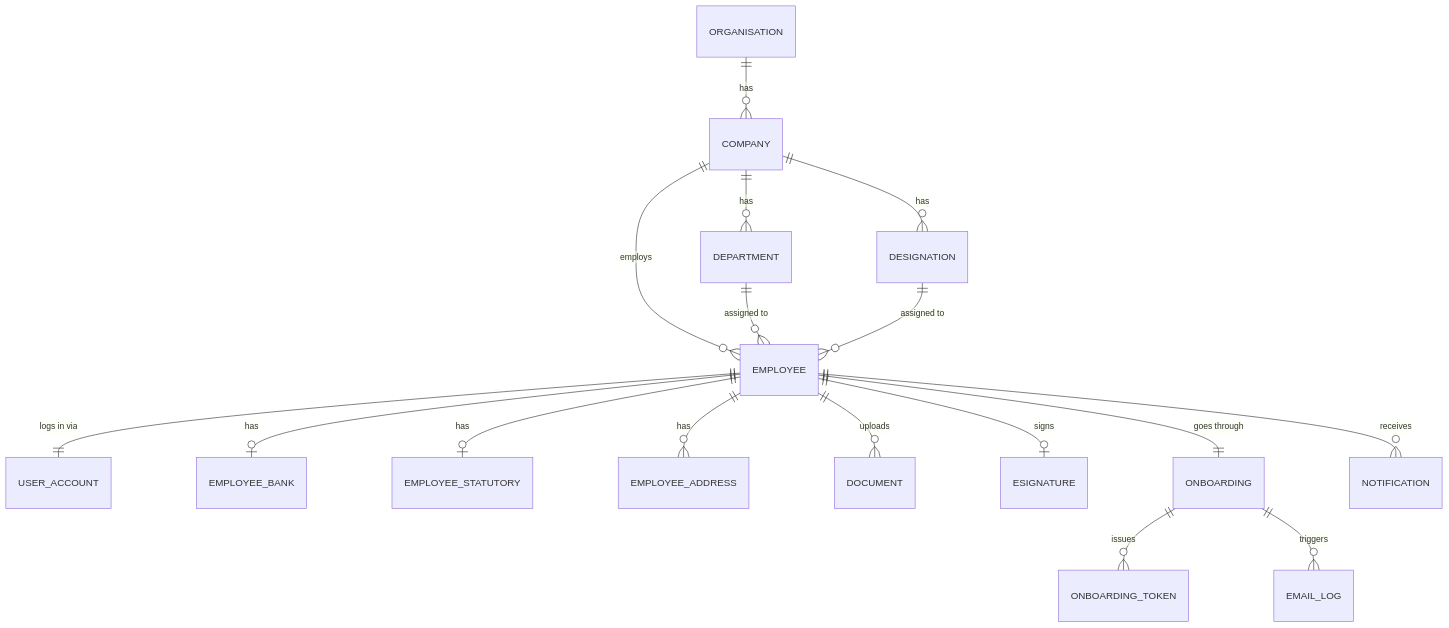
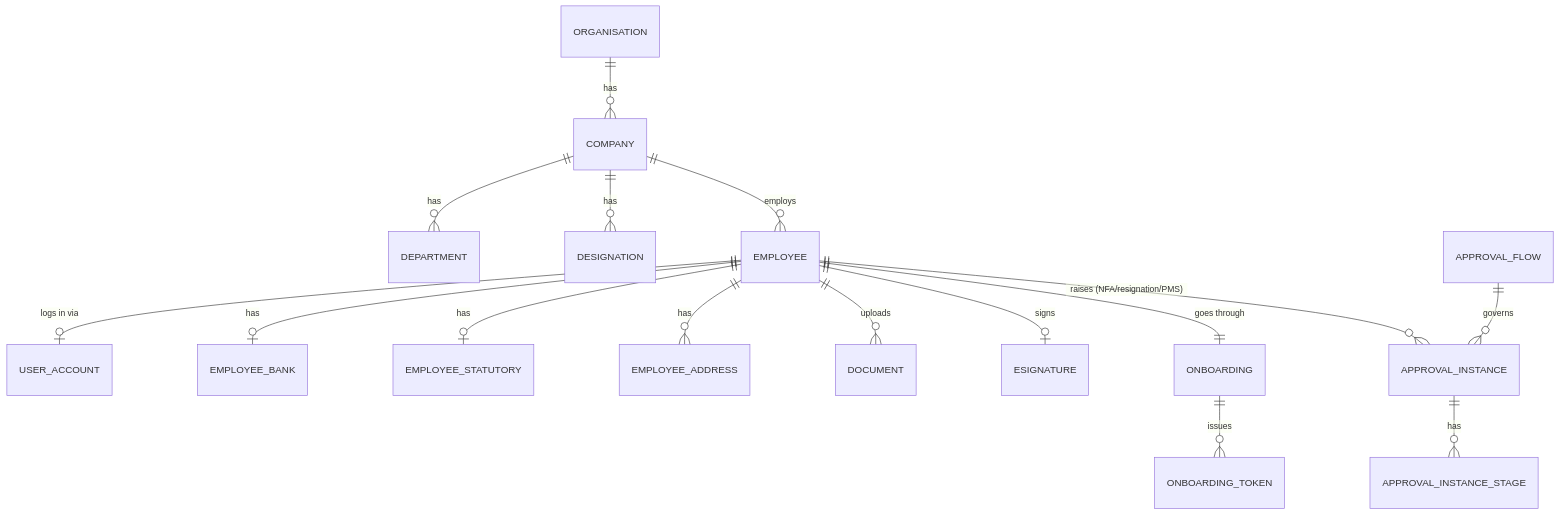
Before and after one commit to koustav2/true-hr: the second of 3 diagrams in HRMS_System_Plan.md, drawn with Mermaid. The commit also changed other lines of this file, not shown here.

````diff
--- a/HRMS_System_Plan.md
+++ b/HRMS_System_Plan.md
@@ -95,19 +142,18 @@
 ```mermaid
 erDiagram
     ORGANISATION ||--o{ COMPANY : has
     COMPANY ||--o{ DEPARTMENT : has
     COMPANY ||--o{ DESIGNATION : has
     COMPANY ||--o{ EMPLOYEE : employs
-    EMPLOYEE ||--|| USER_ACCOUNT : "logs in via"
+    EMPLOYEE ||--o| USER_ACCOUNT : "logs in via"
     EMPLOYEE ||--o| EMPLOYEE_BANK : has
     EMPLOYEE ||--o| EMPLOYEE_STATUTORY : has
     EMPLOYEE ||--o{ EMPLOYEE_ADDRESS : has
     EMPLOYEE ||--o{ DOCUMENT : uploads
     EMPLOYEE ||--o| ESIGNATURE : signs
     EMPLOYEE ||--|| ONBOARDING : "goes through"
-    ONBOARDING ||--o{ ONBOARDING_TOKEN : "issues"
-    EMPLOYEE ||--o{ NOTIFICATION : receives
-    ONBOARDING ||--o{ EMAIL_LOG : triggers
-    DEPARTMENT ||--o{ EMPLOYEE : "assigned to"
-    DESIGNATION ||--o{ EMPLOYEE : "assigned to"
+    ONBOARDING ||--o{ ONBOARDING_TOKEN : issues
+    EMPLOYEE ||--o{ APPROVAL_INSTANCE : "raises (NFA/resignation/PMS)"
+    APPROVAL_FLOW ||--o{ APPROVAL_INSTANCE : governs
+    APPROVAL_INSTANCE ||--o{ APPROVAL_INSTANCE_STAGE : has
 ```
````
